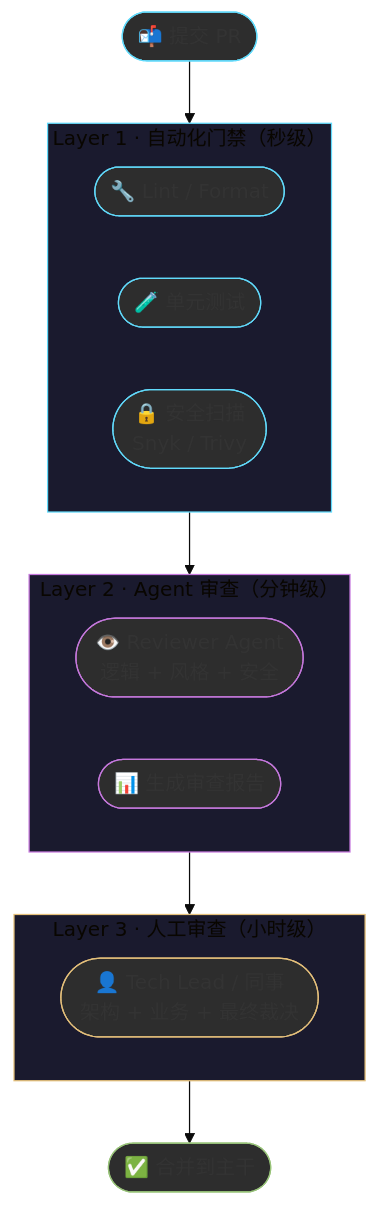
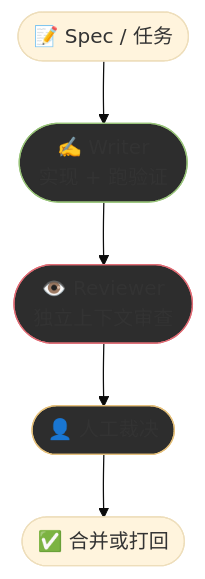
One commit to zht043/AgenticCodingTutorial changed the third of 3 diagrams in docs/chapters/ch12-code-review.md. Above: the diagram before and after it, drawn with Mermaid (base theme). The commit also changed other lines of this file and 69 other files, not shown here.

Commit message:
optimize docs and add mermaid validation

````diff
--- a/docs/chapters/ch12-code-review.md
+++ b/docs/chapters/ch12-code-review.md
@@ -172,32 +75,11 @@
 ```mermaid
 flowchart TB
-    classDef auto fill:#2d2d2d,stroke:#61dafb
-    classDef agent fill:#2d2d2d,stroke:#c678dd
+    classDef writer fill:#2d2d2d,stroke:#98c379
+    classDef reviewer fill:#2d2d2d,stroke:#e06c75
     classDef human fill:#2d2d2d,stroke:#e5c07b
-    classDef pass fill:#2d2d2d,stroke:#98c379
 
-    PR(["📬 提交 PR"]):::auto
-
-    subgraph L1["Layer 1 · 自动化门禁（秒级）"]
-        CI1(["🔧 Lint / Format"]):::auto
-        CI2(["🧪 单元测试"]):::auto
-        CI3(["🔒 安全扫描<br/>Snyk / Trivy"]):::auto
-    end
-
-    subgraph L2["Layer 2 · Agent 审查（分钟级）"]
-        A1(["👁️ Reviewer Agent<br/>逻辑 + 风格 + 安全"]):::agent
-        A2(["📊 生成审查报告"]):::agent
-    end
-
-    subgraph L3["Layer 3 · 人工审查（小时级）"]
-        H1(["👤 Tech Lead / 同事<br/>架构 + 业务 + 最终裁决"]):::human
-    end
-
-    MERGE(["✅ 合并到主干"]):::pass
-
-    PR --> L1 --> L2 --> L3 --> MERGE
-
-    style L1 fill:#1a1a2e,stroke:#61dafb
-    style L2 fill:#1a1a2e,stroke:#c678dd
-    style L3 fill:#1a1a2e,stroke:#e5c07b
+    Task(["📝 Spec / 任务"]) --> Writer(["✍️ Writer<br/>实现 + 跑验证"]):::writer
+    Writer --> Reviewer(["👁️ Reviewer<br/>独立上下文审查"]):::reviewer
+    Reviewer --> Human(["👤 人工裁决"]):::human
+    Human --> Merge(["✅ 合并或打回"])
 ```
````
